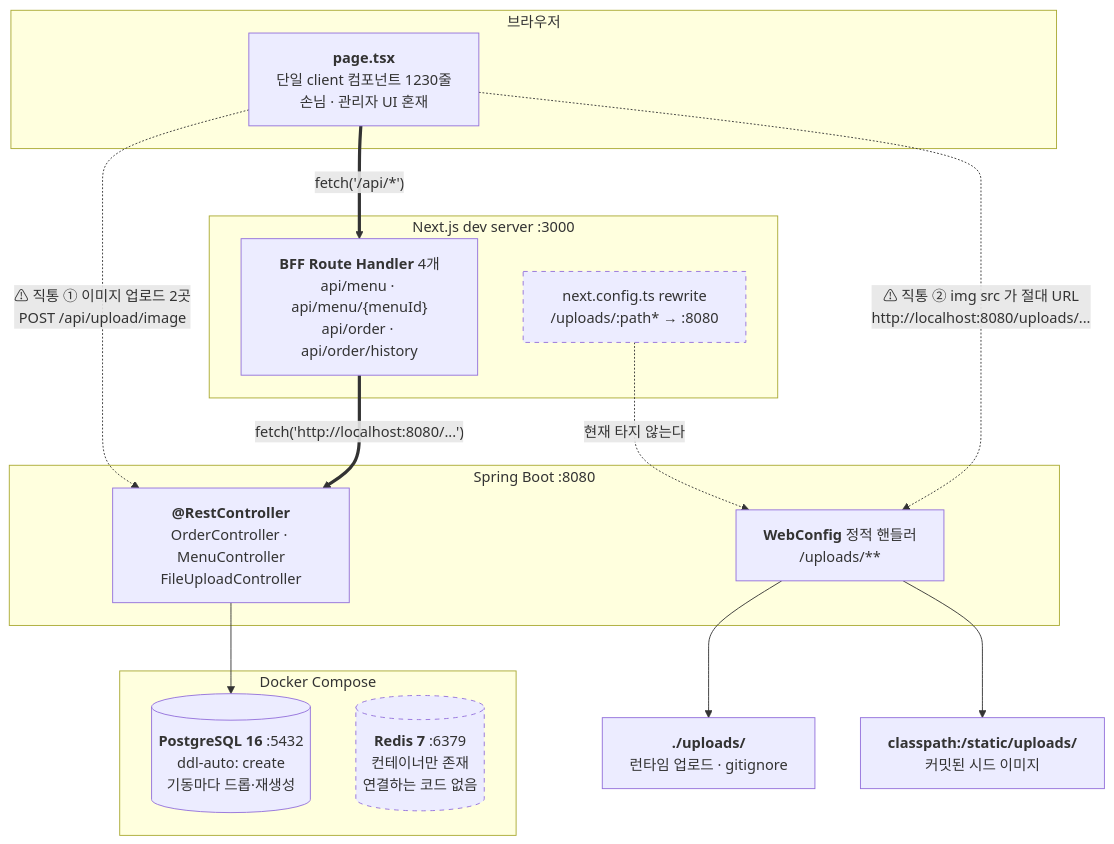
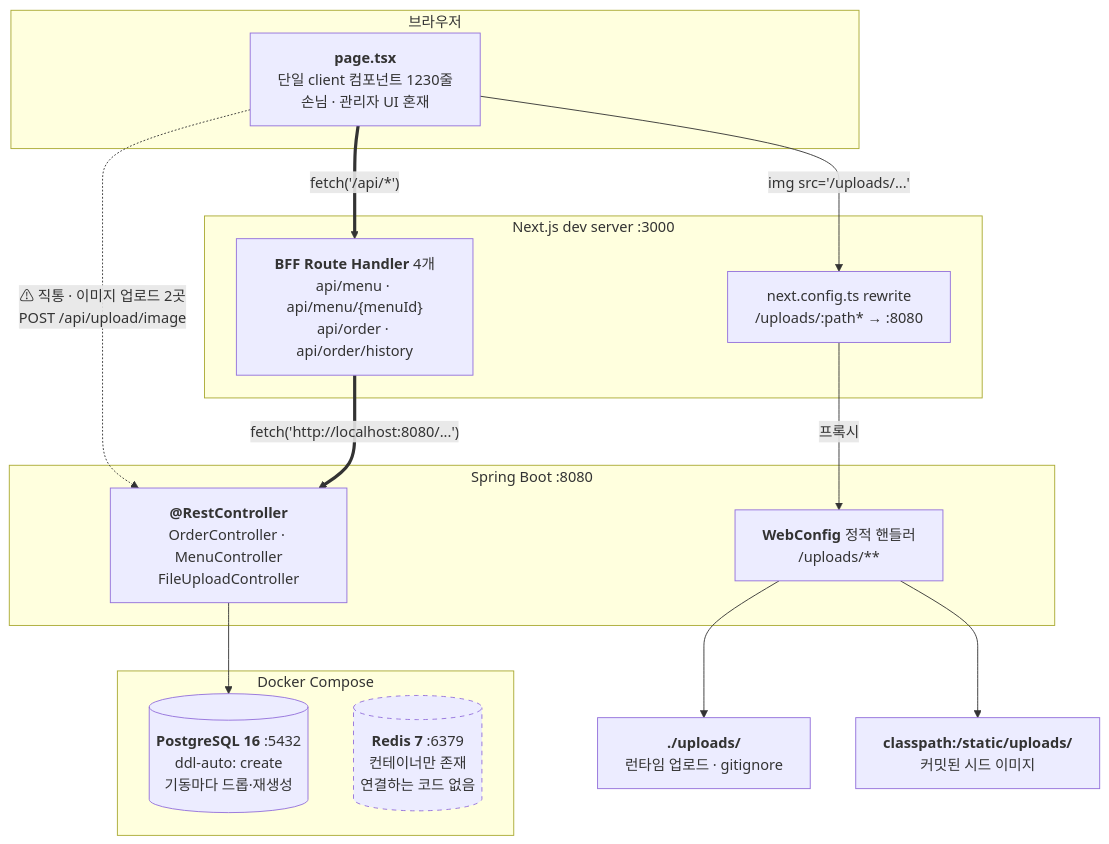
One commit to hhyukk/cafe-kiosk changed the second of 9 diagrams in docs/design/architecture.md. Above: the diagram before and after it, drawn with Mermaid. The commit also changed other lines of this file and 5 other files, not shown here.

````diff
--- a/docs/design/architecture.md
+++ b/docs/design/architecture.md
@@ -57,37 +57,36 @@
 ```mermaid
 flowchart TD
     subgraph BROWSER["브라우저"]
         PAGE["<b>page.tsx</b><br/>단일 client 컴포넌트 1230줄<br/>손님 · 관리자 UI 혼재"]
     end
 
     subgraph NEXT["Next.js dev server :3000"]
         BFF["<b>BFF Route Handler</b> 4개<br/>api/menu · api/menu/{menuId}<br/>api/order · api/order/history"]
         RW["next.config.ts rewrite<br/>/uploads/:path* → :8080"]
     end
 
     subgraph BOOT["Spring Boot :8080"]
         API["<b>@RestController</b><br/>OrderController · MenuController<br/>FileUploadController"]
         STATIC["<b>WebConfig</b> 정적 핸들러<br/>/uploads/**"]
     end
 
     subgraph COMPOSE["Docker Compose"]
         PG[("<b>PostgreSQL 16</b> :5432<br/>ddl-auto: create<br/>기동마다 드롭·재생성")]
         RD[("<b>Redis 7</b> :6379<br/>컨테이너만 존재<br/>연결하는 코드 없음")]
     end
 
     FS["<b>./uploads/</b><br/>런타임 업로드 · gitignore"]
     CP["<b>classpath:/static/uploads/</b><br/>커밋된 시드 이미지"]
 
     PAGE ==>|"fetch('/api/*')"| BFF
     BFF ==>|"fetch('http://localhost:8080/...')"| API
-    PAGE -.->|"⚠ 직통 ① 이미지 업로드 2곳<br/>POST /api/upload/image"| API
-    PAGE -.->|"⚠ 직통 ② img src 가 절대 URL<br/>http://localhost:8080/uploads/..."| STATIC
-    RW -.->|"현재 타지 않는다"| STATIC
+    PAGE -->|"img src='/uploads/...'"| RW
+    RW -->|"프록시"| STATIC
+    PAGE -.->|"⚠ 직통 · 이미지 업로드 2곳<br/>POST /api/upload/image"| API
 
     API --> PG
     STATIC --> FS
     STATIC --> CP
 
     style RD stroke-dasharray: 5 5
-    style RW stroke-dasharray: 5 5
 ```
````
